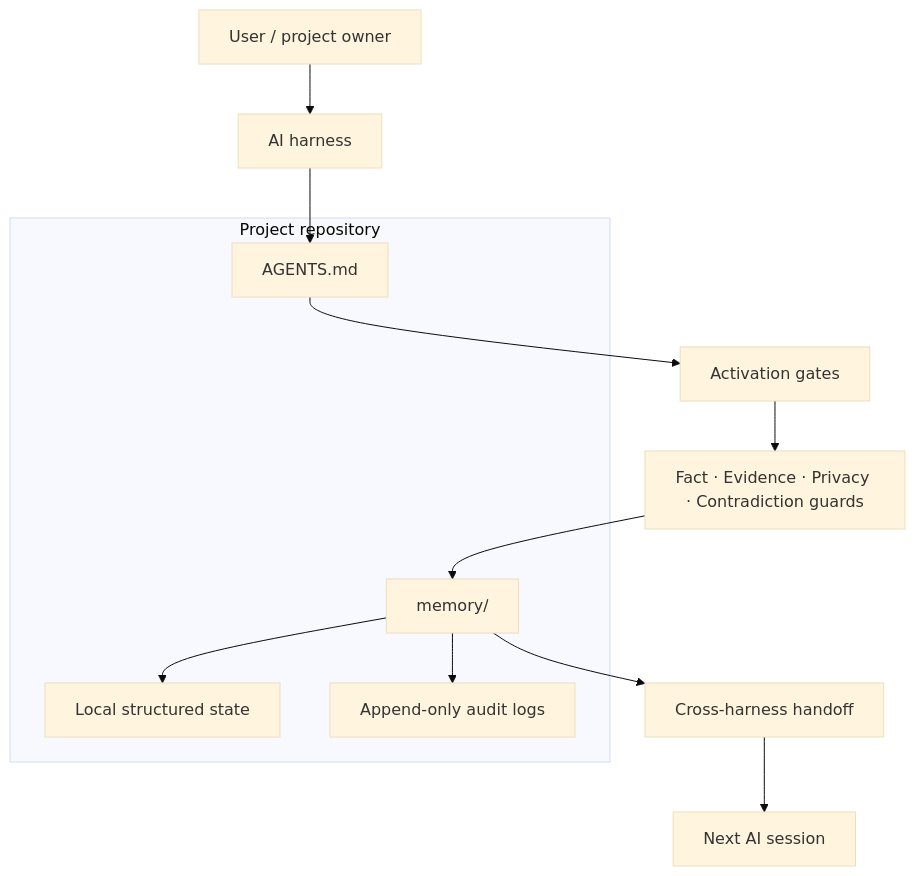
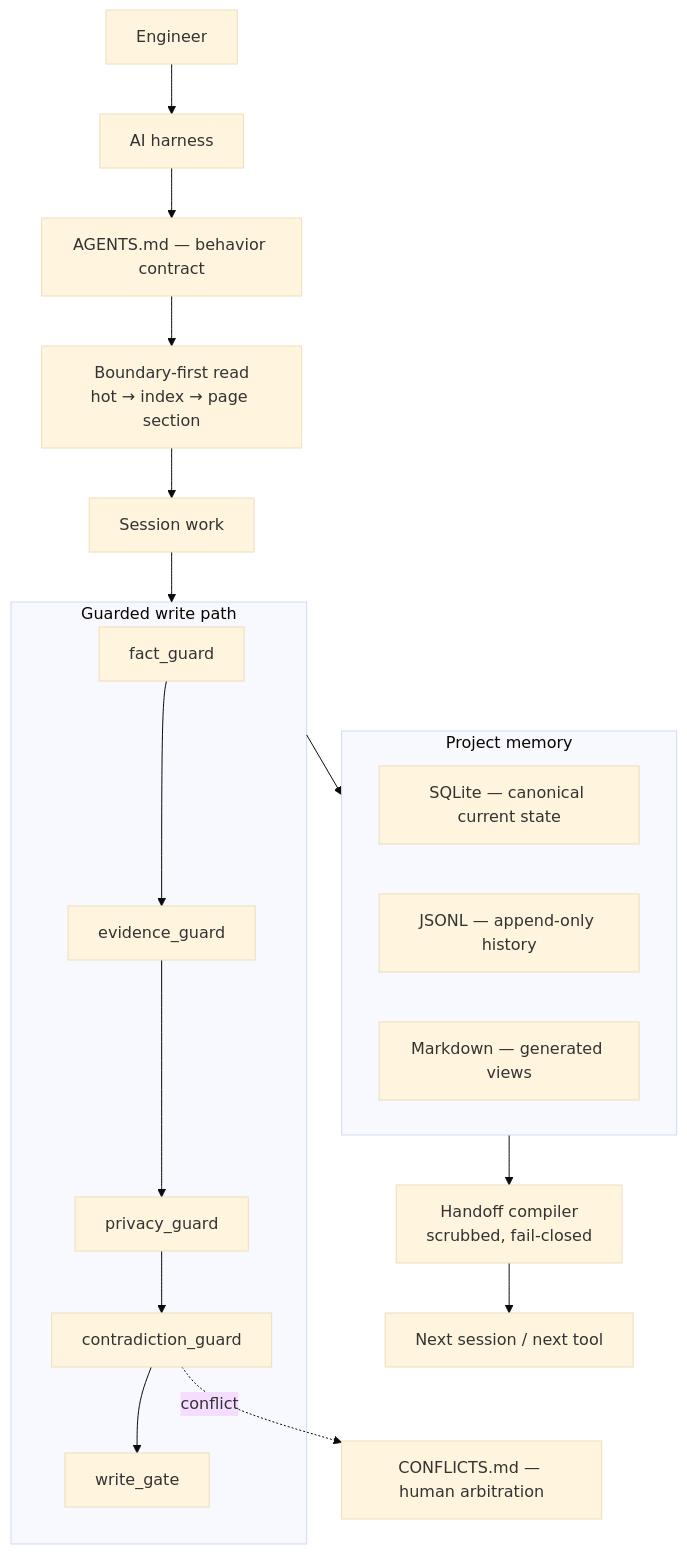
The diagram in README.md (kanadhiayash/zeref-memory-engine), drawn with Mermaid (base theme) before and after one commit. The commit also changed other lines of this file and 51 other files, not shown here.

````diff
--- a/README.md
+++ b/README.md
@@ -153,19 +92,24 @@
 ```mermaid
 flowchart TB
-  User["User / project owner"] --> Harness["AI harness"]
-  Harness --> Agents["AGENTS.md"]
-  Agents --> Gates["Activation gates"]
-  Gates --> Guards["Fact · Evidence · Privacy · Contradiction guards"]
-  Guards --> Memory["memory/"]
-  Memory --> State["Local structured state"]
-  Memory --> Audit["Append-only audit logs"]
-  Memory --> Handoff["Cross-harness handoff"]
-  Handoff --> Harness2["Next AI session"]
+  User["Engineer"] --> Harness["AI harness"]
+  Harness --> Contract["AGENTS.md — behavior contract"]
+  Contract --> Read["Boundary-first read<br/>hot → index → page section"]
+  Read --> Work["Session work"]
+  Work --> Guards
 
-  subgraph Repo["Project repository"]
-    Agents
-    Memory
-    State
-    Audit
+  subgraph Guards["Guarded write path"]
+    FG[fact_guard] --> EG[evidence_guard] --> PG[privacy_guard] --> CG[contradiction_guard] --> WG[write_gate]
   end
+
+  Guards --> Store
+  CG -.->|conflict| Conflicts["CONFLICTS.md — human arbitration"]
+
+  subgraph Store["Project memory"]
+    SQL["SQLite — canonical current state"]
+    JSONL["JSONL — append-only history"]
+    MD["Markdown — generated views"]
+  end
+
+  Store --> Handoff["Handoff compiler<br/>scrubbed, fail-closed"]
+  Handoff --> Next["Next session / next tool"]
 ```
````
